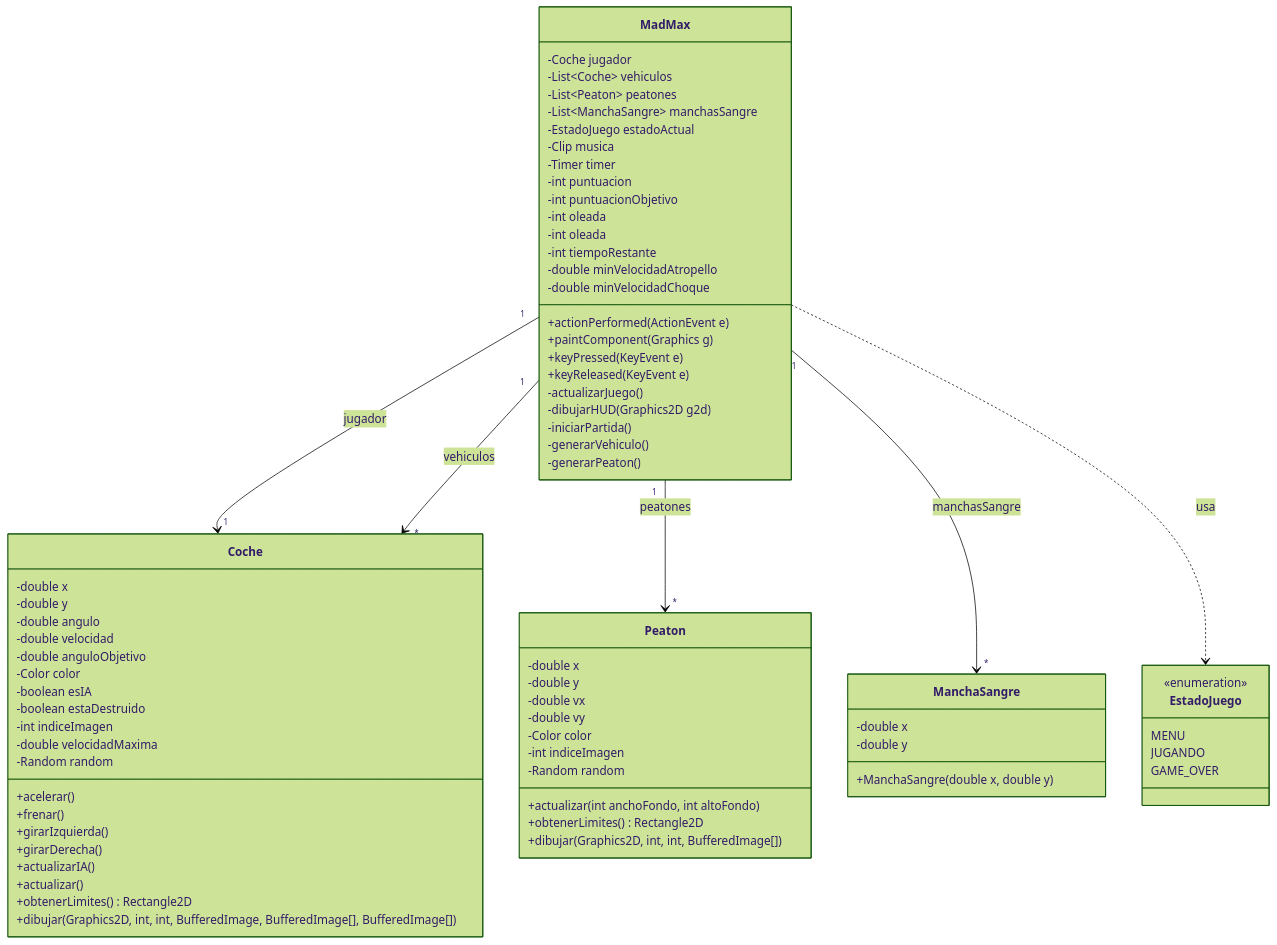
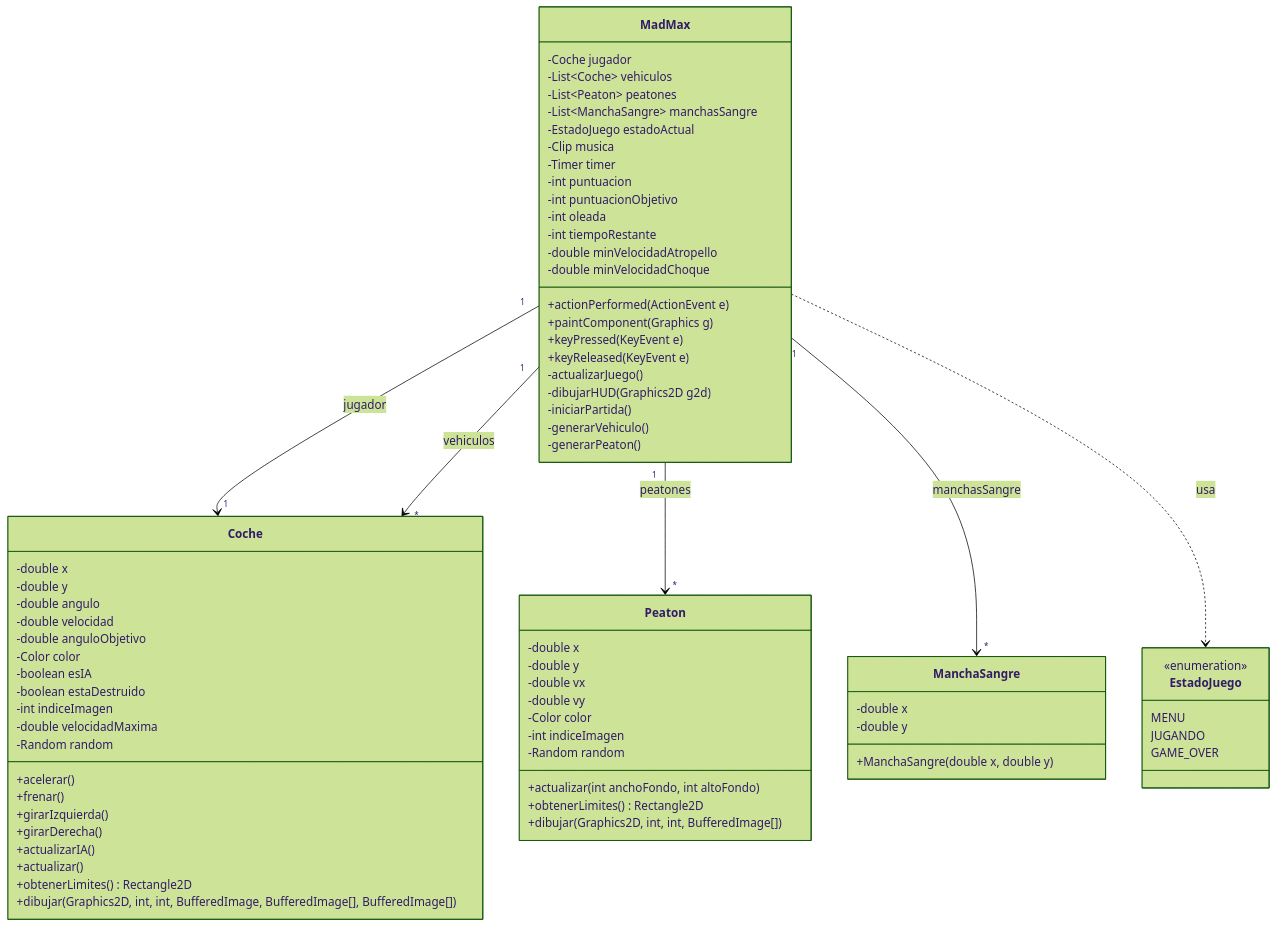
One commit to francis94dev/mad-max-game-java changed the diagram in README.md. Above: the diagram before and after it, drawn with Mermaid (forest theme). The commit also changed other lines of this file, not shown here.

````diff
--- a/README.md
+++ b/README.md
@@ -76,82 +76,81 @@
 ```mermaid
 classDiagram
     MadMax "1" --> "1" Coche : jugador
     MadMax "1" --> "*" Coche : vehiculos
     MadMax "1" --> "*" Peaton : peatones
     MadMax "1" --> "*" ManchaSangre : manchasSangre
     MadMax ..> EstadoJuego : usa
     
     class MadMax {
         -Coche jugador
         -List~Coche~ vehiculos
         -List~Peaton~ peatones
         -List~ManchaSangre~ manchasSangre
         -EstadoJuego estadoActual
         -Clip musica
         -Timer timer
         -int puntuacion
         -int puntuacionObjetivo
-        -int oleada
         -int oleada
         -int tiempoRestante
         -double minVelocidadAtropello
         -double minVelocidadChoque
         +actionPerformed(ActionEvent e)
         +paintComponent(Graphics g)
         +keyPressed(KeyEvent e)
         +keyReleased(KeyEvent e)
         -actualizarJuego()
         -dibujarHUD(Graphics2D g2d)
         -iniciarPartida()
         -generarVehiculo()
         -generarPeaton()
     }
     
     class Coche {
         -double x
         -double y
         -double angulo
         -double velocidad
         -double anguloObjetivo
         -Color color
         -boolean esIA
         -boolean estaDestruido
         -int indiceImagen
         -double velocidadMaxima
         -Random random
         +acelerar()
         +frenar()
         +girarIzquierda()
         +girarDerecha()
         +actualizarIA()
         +actualizar()
         +obtenerLimites() Rectangle2D
         +dibujar(Graphics2D, int, int, BufferedImage, BufferedImage[], BufferedImage[])
     }
     
     class Peaton {
         -double x
         -double y
         -double vx
         -double vy
         -Color color
         -int indiceImagen
         -Random random
         +actualizar(int anchoFondo, int altoFondo)
         +obtenerLimites() Rectangle2D
         +dibujar(Graphics2D, int, int, BufferedImage[])
     }
     
     class ManchaSangre {
         -double x
         -double y
         +ManchaSangre(double x, double y)
     }
     
     class EstadoJuego {
         <<enumeration>>
         MENU
         JUGANDO
         GAME_OVER
     }
 ```
````
